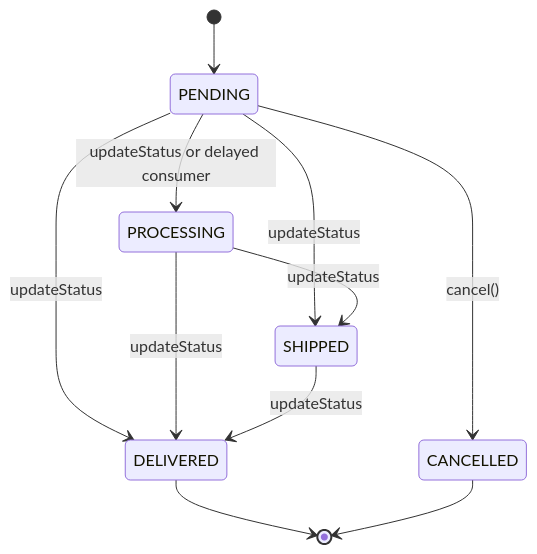
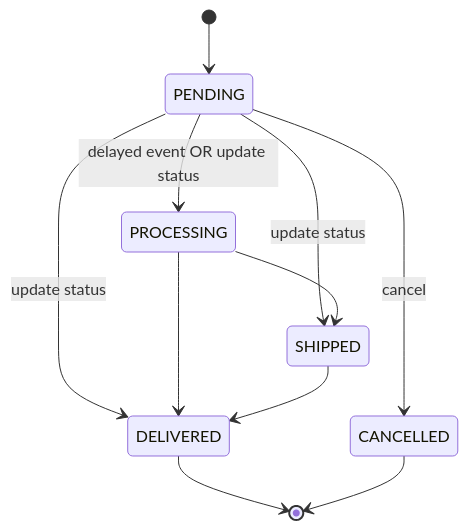
One commit to AbhinavT09/OrderProcessingSystem changed the second of 3 diagrams in docs/index.md. Above: the diagram before and after it, drawn with Mermaid. The commit also changed other lines of this file and 25 other files, not shown here.

````diff
--- a/docs/index.md
+++ b/docs/index.md
@@ -55,16 +59,15 @@
 ```mermaid
 stateDiagram-v2
     [*] --> PENDING
-    PENDING --> PROCESSING: updateStatus or delayed consumer
-    PENDING --> SHIPPED: updateStatus
-    PENDING --> DELIVERED: updateStatus
-    PENDING --> CANCELLED: cancel()
+    PENDING --> PROCESSING: delayed event OR update status
+    PENDING --> SHIPPED: update status
+    PENDING --> DELIVERED: update status
+    PENDING --> CANCELLED: cancel
 
-    PROCESSING --> SHIPPED: updateStatus
-    PROCESSING --> DELIVERED: updateStatus
-
-    SHIPPED --> DELIVERED: updateStatus
+    PROCESSING --> SHIPPED
+    PROCESSING --> DELIVERED
+    SHIPPED --> DELIVERED
 
     DELIVERED --> [*]
     CANCELLED --> [*]
 ```
````
